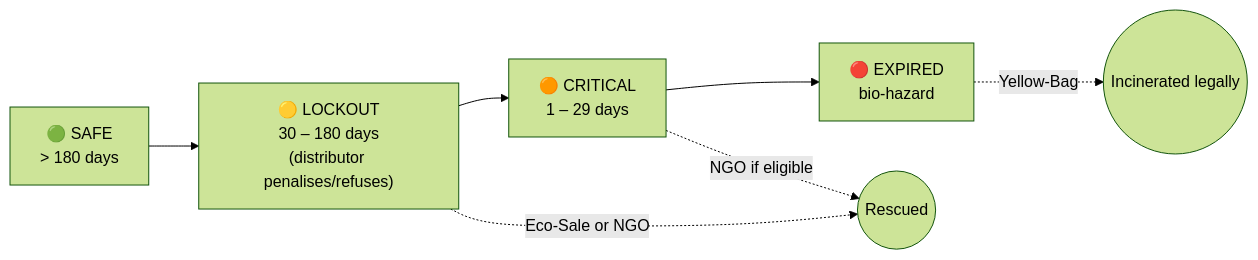
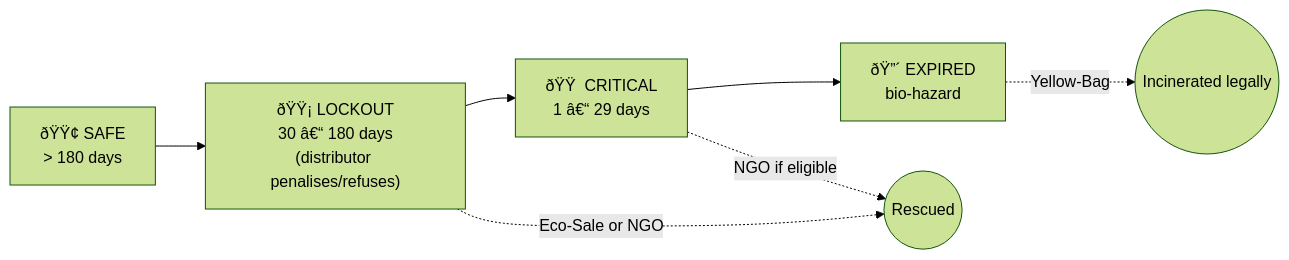
Before and after one commit to chethan-9817/pharma_flow_1: the second of 4 diagrams in README.md, drawn with Mermaid (forest theme). The commit also changed other lines of this file, not shown here.

Commit message:
docs: note what is built for the customer roadmap step

````diff
--- a/README.md
+++ b/README.md
@@ -96,9 +96,9 @@
 ```mermaid
 flowchart LR
-    S["🟢 SAFE<br/>&gt; 180 days"] --> L["🟡 LOCKOUT<br/>30 – 180 days<br/>(distributor penalises/refuses)"]
-    L --> K["🟠 CRITICAL<br/>1 – 29 days"]
-    K --> E["🔴 EXPIRED<br/>bio-hazard"]
+    S["ðŸŸ¢ SAFE<br/>&gt; 180 days"] --> L["ðŸŸ¡ LOCKOUT<br/>30 â€“ 180 days<br/>(distributor penalises/refuses)"]
+    L --> K["ðŸŸ  CRITICAL<br/>1 â€“ 29 days"]
+    K --> E["ðŸ”´ EXPIRED<br/>bio-hazard"]
     L -.->|Eco-Sale or NGO| X((Rescued))
     K -.->|NGO if eligible| X
     E -.->|Yellow-Bag| Y((Incinerated legally))
 ```
````
